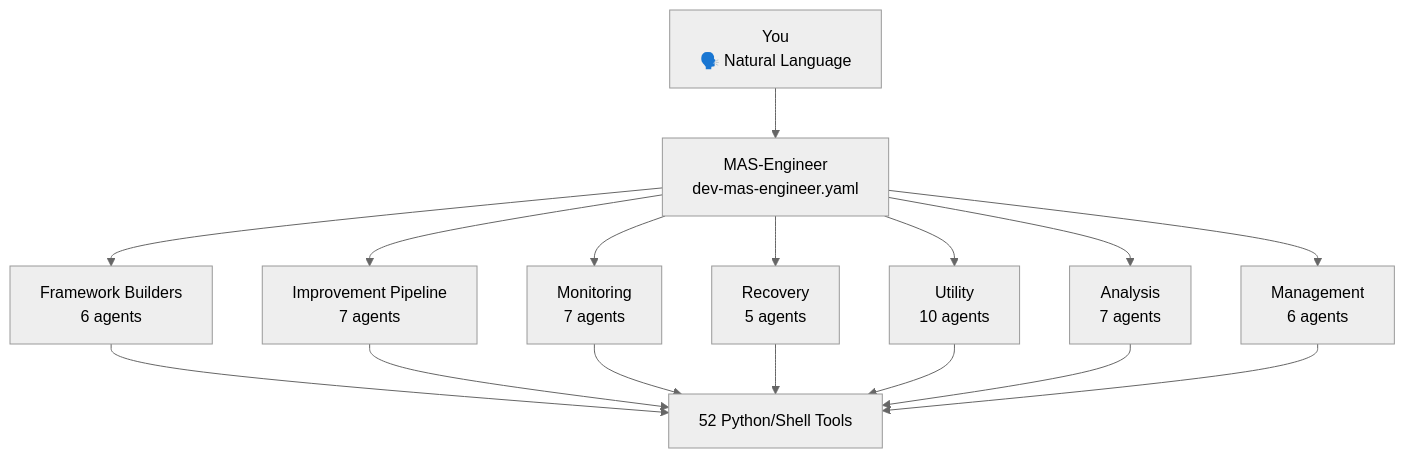
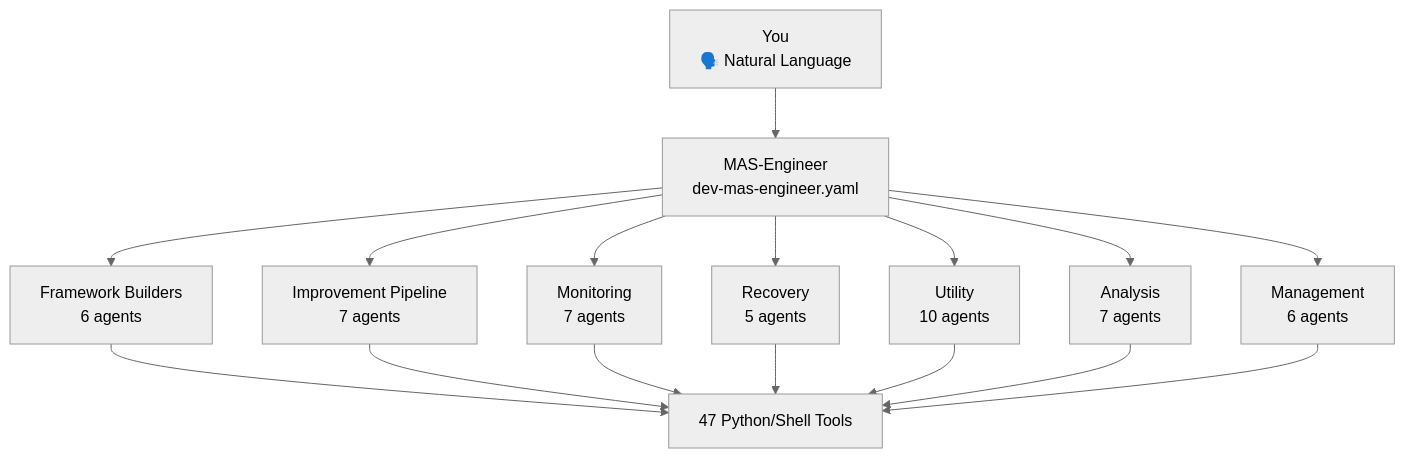
Before and after one commit to mczardybon/mas-engineer: the first of 2 diagrams in docs/index.md, drawn with Mermaid (neutral theme). The commit also changed other lines of this file and 5 other files, not shown here.

Commit message:
docs: fix tool counts 52→47, POC claim, Mermaid bug, pie chart, patterns

````diff
--- a/docs/index.md
+++ b/docs/index.md
@@ -50,12 +50,12 @@
 ```mermaid
 flowchart TD
     YOU["You\n🗣️ Natural Language"] --> ENGINEER["MAS-Engineer\ndev-mas-engineer.yaml"]
     ENGINEER --> FB["Framework Builders\n6 agents"]
     ENGINEER --> IP["Improvement Pipeline\n7 agents"]
     ENGINEER --> MON["Monitoring\n7 agents"]
     ENGINEER --> REC["Recovery\n5 agents"]
     ENGINEER --> UT["Utility\n10 agents"]
     ENGINEER --> AN["Analysis\n7 agents"]
     ENGINEER --> MG["Management\n6 agents"]
-    FB & IP & MON & REC & UT & AN & MG --> TOOLS["52 Python/Shell Tools"]
+    FB & IP & MON & REC & UT & AN & MG --> TOOLS["47 Python/Shell Tools"]
 ```
````
